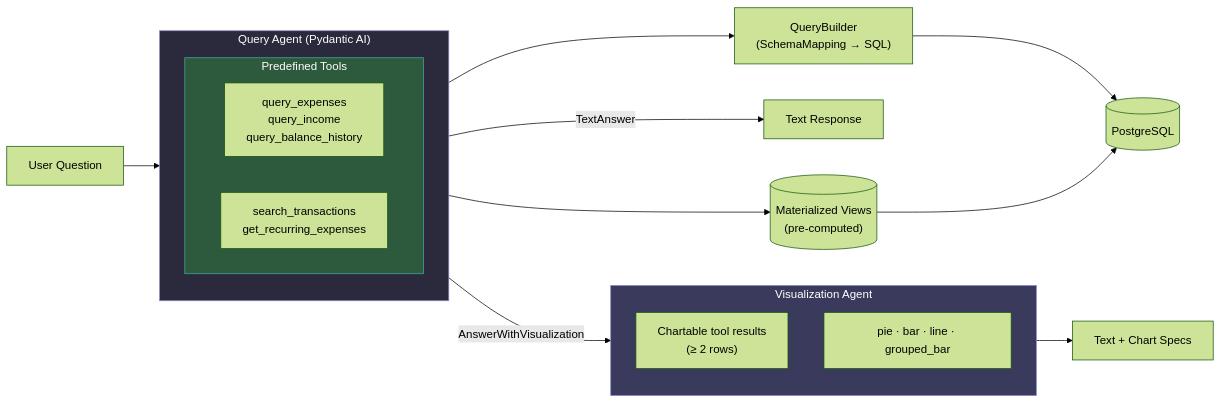
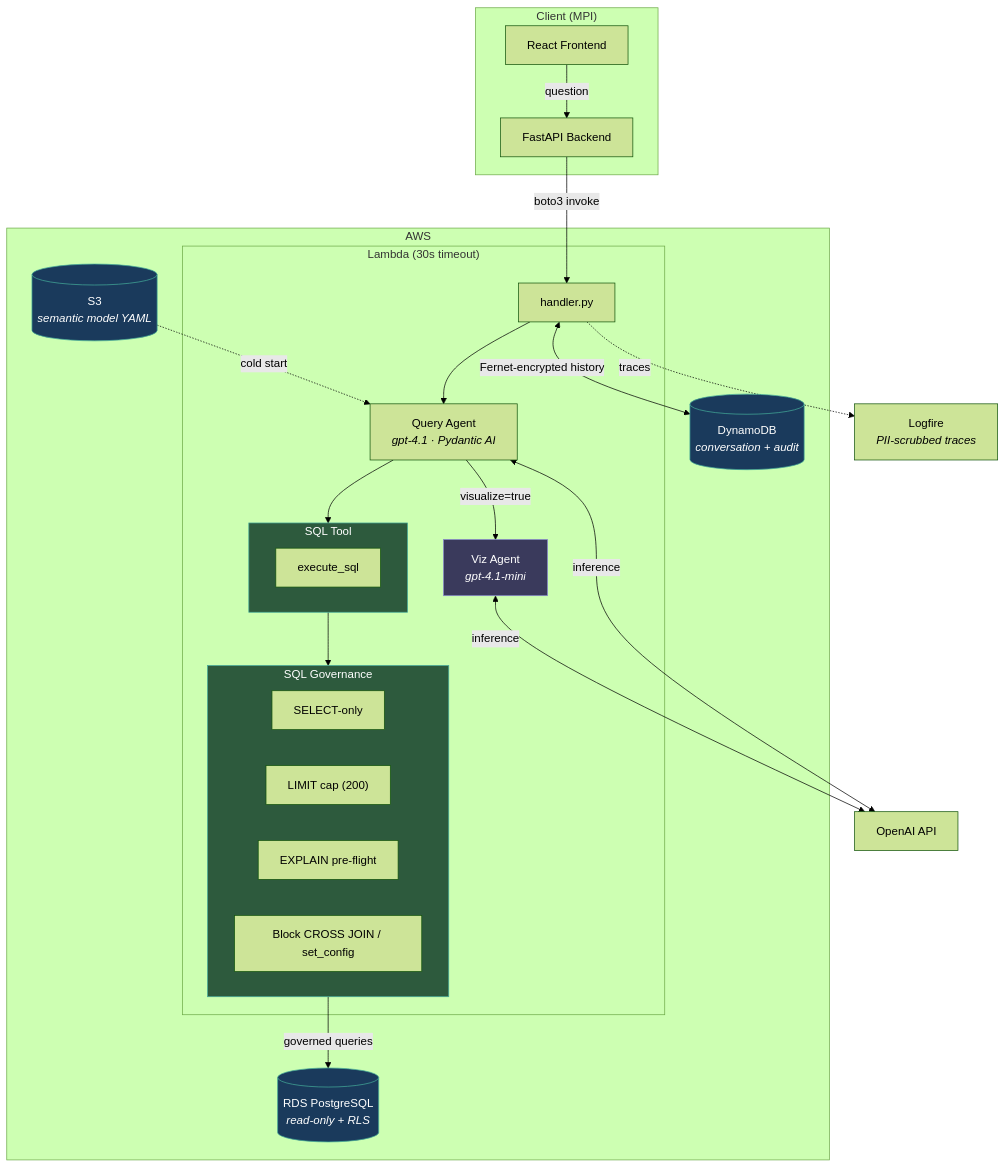
One commit to maxibove13/finance-query-agent changed the first of 2 diagrams in README.md. Above: the diagram before and after it, drawn with Mermaid (forest theme). The commit also changed other lines of this file and 62 other files, not shown here.

Commit message:
[MPI-209] refactor: semantic layer + single SQL tool with governance checks (#26)

````diff
--- a/README.md
+++ b/README.md
@@ -7,33 +9,55 @@
 ```mermaid
-graph LR
-    Q["User Question"] --> QUERY_AGENT
-
-    subgraph QUERY_AGENT["Query Agent (Pydantic AI)"]
-        direction TB
-        subgraph PREDEFINED["Predefined Tools"]
-            direction LR
-            V["query_expenses\nquery_income\nquery_balance_history"]
-            D["search_transactions\nget_recurring_expenses"]
-        end
+graph TB
+    subgraph Client["Client (MPI)"]
+        FE[React Frontend]
+        BE[FastAPI Backend]
     end
 
-    QUERY_AGENT -->|"TextAnswer"| OUT_TEXT["Text Response"]
-    QUERY_AGENT -->|"AnswerWithVisualization"| VIZ_AGENT
+    FE -->|question| BE
+    BE -->|boto3 invoke| HANDLER
 
-    subgraph VIZ_AGENT["Visualization Agent"]
-        direction TB
-        VIZ_IN["Chartable tool results\n(≥ 2 rows)"]
-        VIZ_OUT["pie · bar · line · grouped_bar"]
+    subgraph AWS["AWS"]
+        subgraph Lambda["Lambda (30s timeout)"]
+            HANDLER[handler.py]
+            HANDLER --> AGENT
+            AGENT["Query Agent<br/><i>gpt-4.1 · Pydantic AI</i>"]
+            AGENT --> SQL_TOOL
+
+            subgraph SQL_TOOL["SQL Tool"]
+                T1[execute_sql]
+            end
+
+            subgraph GOV["SQL Governance"]
+                R1["SELECT-only"]
+                R2["LIMIT cap (200)"]
+                R3["EXPLAIN pre-flight"]
+                R4["Block CROSS JOIN / set_config"]
+            end
+
+            SQL_TOOL --> GOV
+
+            AGENT -->|"visualize=true"| VIZ
+            VIZ["Viz Agent<br/><i>gpt-4.1-mini</i>"]
+        end
+
+        S3[("S3<br/><i>semantic model YAML</i>")]
+        RDS[("RDS PostgreSQL<br/><i>read-only + RLS</i>")]
+        DDB[("DynamoDB<br/><i>conversation + audit</i>")]
     end
 
-    VIZ_AGENT --> OUT_VIZ["Text + Chart Specs"]
+    LOGFIRE["Logfire<br/><i>PII-scrubbed traces</i>"]
 
-    V --> MV[("Materialized Views\n(pre-computed)")]
-    D --> QB["QueryBuilder\n(SchemaMapping → SQL)"]
-    QB --> PG[("PostgreSQL")]
-    MV --> PG
+    S3 -.->|cold start| AGENT
+    GOV -->|governed queries| RDS
+    HANDLER <-->|Fernet-encrypted history| DDB
+    AGENT <-->|inference| LLM_API["OpenAI API"]
+    VIZ <-->|inference| LLM_API
+    HANDLER -.->|traces| LOGFIRE
 
-    style QUERY_AGENT fill:#2a2a3c,stroke:#88c,color:#fff
-    style PREDEFINED fill:#2d5a3d,stroke:#4a9,color:#fff
-    style VIZ_AGENT fill:#3a3a5c,stroke:#88c,color:#fff
+    style SQL_TOOL fill:#2d5a3d,stroke:#4a9,color:#fff
+    style GOV fill:#2d5a3d,stroke:#4a9,color:#fff
+    style VIZ fill:#3a3a5c,stroke:#88c,color:#fff
+    style RDS fill:#1a3a5c,stroke:#4a9,color:#fff
+    style DDB fill:#1a3a5c,stroke:#4a9,color:#fff
+    style S3 fill:#1a3a5c,stroke:#4a9,color:#fff
 ```
````
